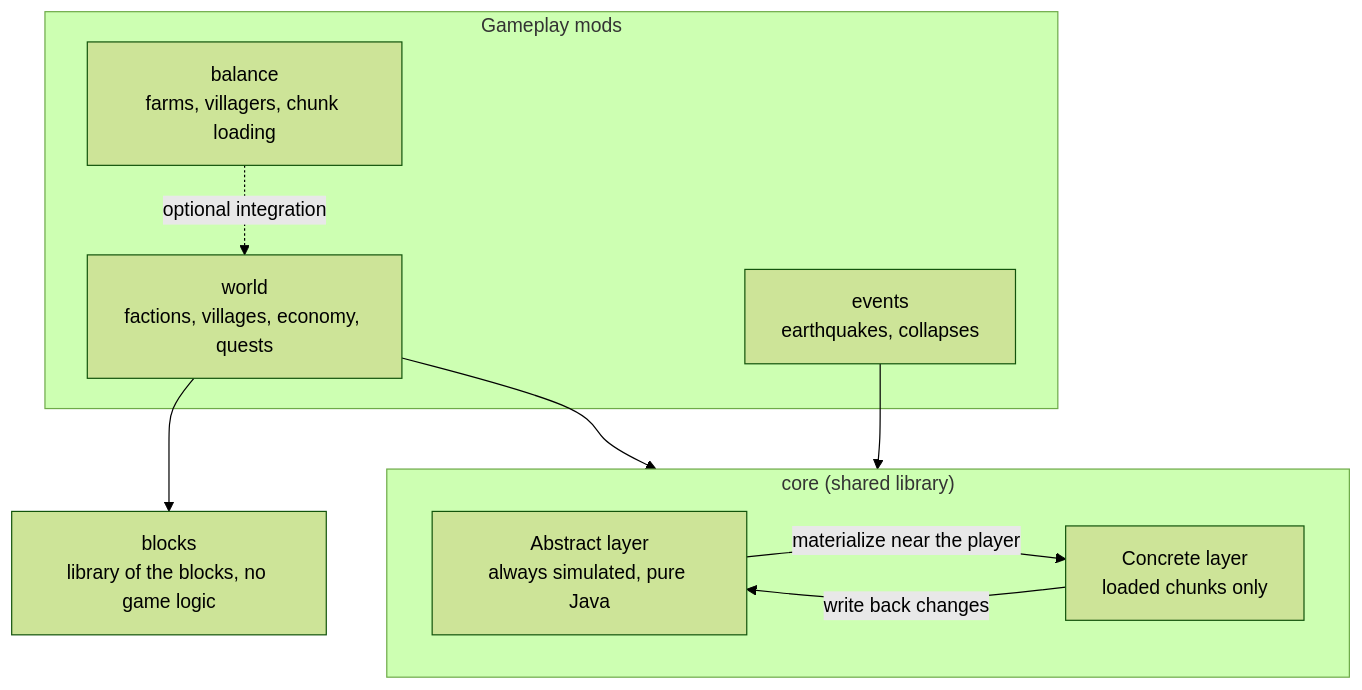
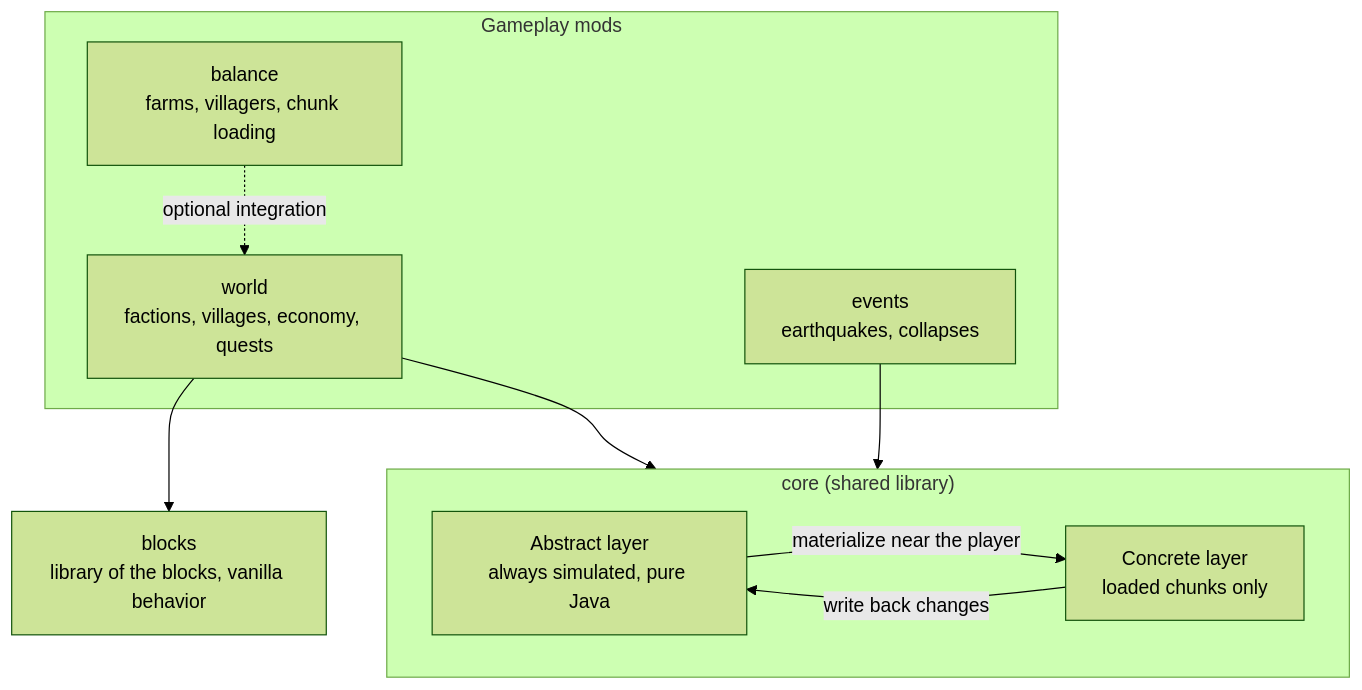
The first of 2 diagrams in docs/design.md (nicolas-goyon/Folkhold), drawn with Mermaid (forest theme) before and after one commit. The commit also changed other lines of this file and 12 other files, not shown here.

First line of the commit message:
feat(blocks,world): the brazier lights and goes out as a vanilla campfire [minor] (#477)

````diff
--- a/docs/design.md
+++ b/docs/design.md
@@ -75,19 +75,19 @@
 ```mermaid
 flowchart TB
     subgraph mods["Gameplay mods"]
         world["world<br/>factions, villages, economy, quests"]
         events["events<br/>earthquakes, collapses"]
         balance["balance<br/>farms, villagers, chunk loading"]
     end
     subgraph core["core (shared library)"]
         abstract["Abstract layer<br/>always simulated, pure Java"]
         concrete["Concrete layer<br/>loaded chunks only"]
     end
-    blocks["blocks<br/>library of the blocks, no game logic"]
+    blocks["blocks<br/>library of the blocks, vanilla behavior"]
     world --> core
     world --> blocks
     events --> core
     balance -. "optional integration" .-> world
     abstract -- "materialize near the player" --> concrete
     concrete -- "write back changes" --> abstract
 ```
````
